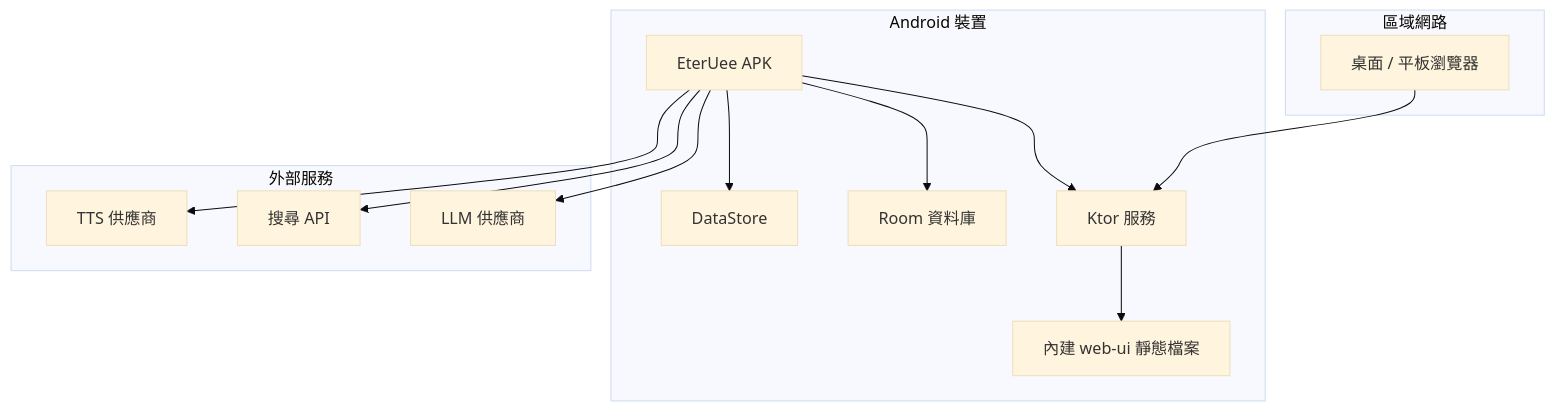
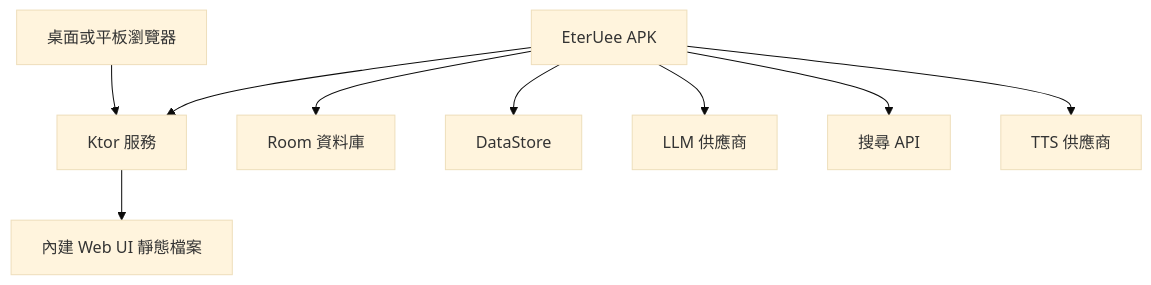
Before and after one commit to EterUltimate/EterUee: the sixth of 7 diagrams in README_ZH_TW.md, drawn with Mermaid (base theme). The commit also changed other lines of this file and 2 other files, not shown here.

Commit message:
docs: make README diagrams GitHub-safe

````diff
--- a/README_ZH_TW.md
+++ b/README_ZH_TW.md
@@ -202,29 +186,21 @@
 ```mermaid
-flowchart TB
-    subgraph AndroidDevice["Android 裝置"]
-        App["EterUee APK"]
-        Ktor["Ktor 服務"]
-        Static["內建 web-ui 靜態檔案"]
-        Room["Room 資料庫"]
-        DataStore["DataStore"]
-    end
-
-    subgraph LocalNetwork["區域網路"]
-        Browser["桌面 / 平板瀏覽器"]
-    end
-
-    subgraph External["外部服務"]
-        LLM["LLM 供應商"]
-        SearchAPI["搜尋 API"]
-        TTSAPI["TTS 供應商"]
-    end
+graph TD
+    Browser[桌面或平板瀏覽器]
+    App[EterUee APK]
+    Ktor[Ktor 服務]
+    Static[內建 Web UI 靜態檔案]
+    Room[Room 資料庫]
+    DataStore[DataStore]
+    LLM[LLM 供應商]
+    SearchAPI[搜尋 API]
+    TTSAPI[TTS 供應商]
 
     Browser --> Ktor
     App --> Ktor
     Ktor --> Static
     App --> Room
     App --> DataStore
     App --> LLM
     App --> SearchAPI
     App --> TTSAPI
 ```
````
